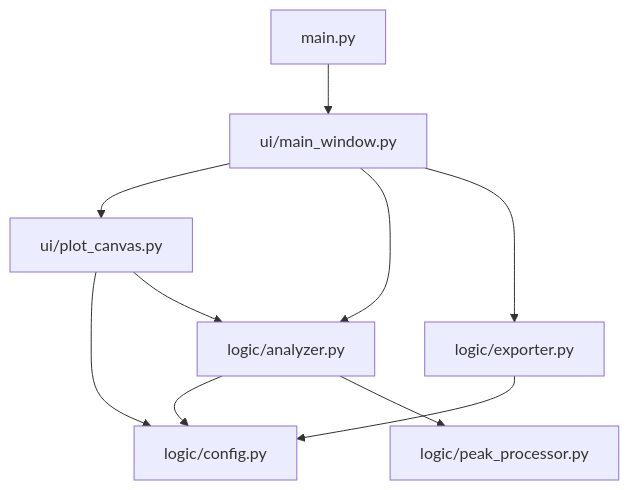
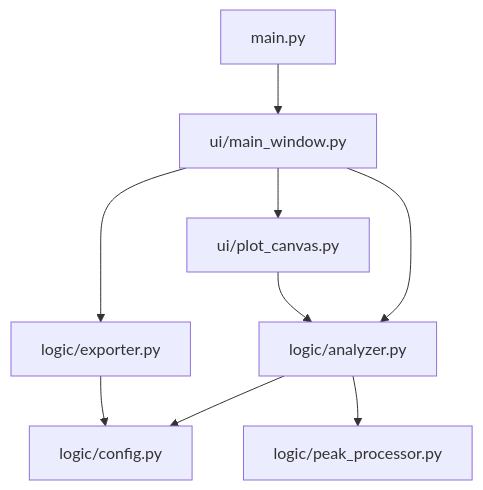
The first of 2 diagrams in README.md (liqinglq666/NMR-Pore-Analyzer), drawn with Mermaid before and after one commit. The commit also changed other lines of this file, not shown here.

````diff
--- a/README.md
+++ b/README.md
@@ -45,12 +25,11 @@
 ```mermaid
 flowchart TD
     main["main.py"] --> mw["ui/main_window.py"]
     mw --> pc["ui/plot_canvas.py"]
     mw --> az["logic/analyzer.py"]
     mw --> ex["logic/exporter.py"]
     az --> cfg["logic/config.py"]
     az --> pp["logic/peak_processor.py"]
     ex --> cfg
-    pc --> cfg
     pc --> az
 ```
````
